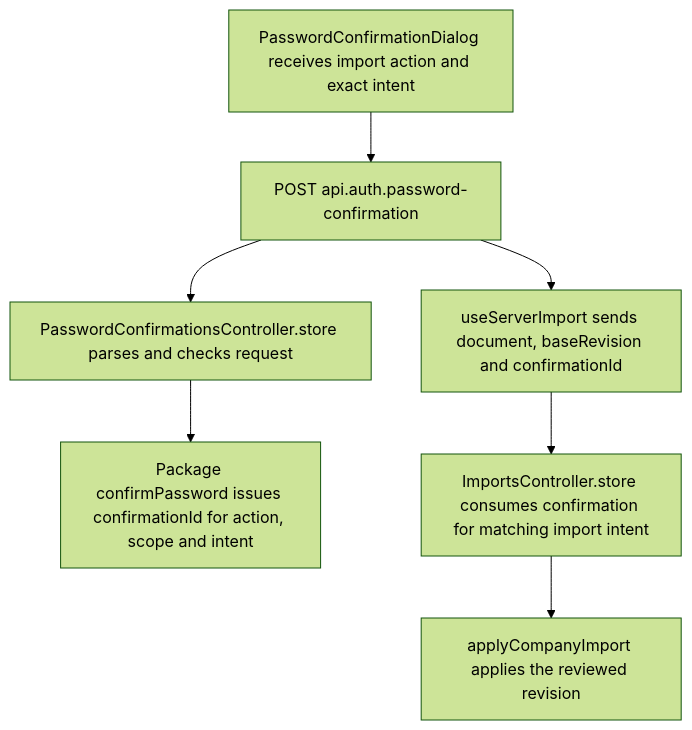
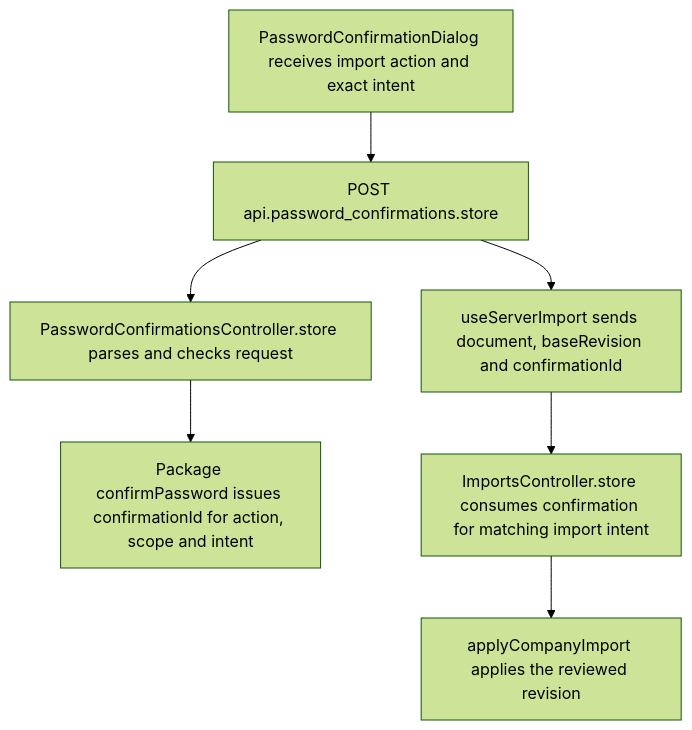
Before and after one commit to Kevinjohn/capacitylens: the second of 2 diagrams in user-stories/data/US-DAT-08-preview-exact-import.md, drawn with Mermaid (forest theme). The commit also changed 153 other files, not shown here.

````diff
--- a/user-stories/data/US-DAT-08-preview-exact-import.md
+++ b/user-stories/data/US-DAT-08-preview-exact-import.md
@@ -26,9 +26,9 @@
 ```mermaid
 flowchart TD
-  dialog["PasswordConfirmationDialog receives import action and exact intent"] --> issue["POST api.auth.password-confirmation"]
+  dialog["PasswordConfirmationDialog receives import action and exact intent"] --> issue["POST api.password_confirmations.store"]
   issue --> controller["PasswordConfirmationsController.store parses and checks request"]
   controller --> kit["Package confirmPassword issues confirmationId for action, scope and intent"]
   issue --> apply["useServerImport sends document, baseRevision and confirmationId"]
   apply --> transfer["ImportsController.store consumes confirmation for matching import intent"]
   transfer --> service["applyCompanyImport applies the reviewed revision"]
 ```
````
